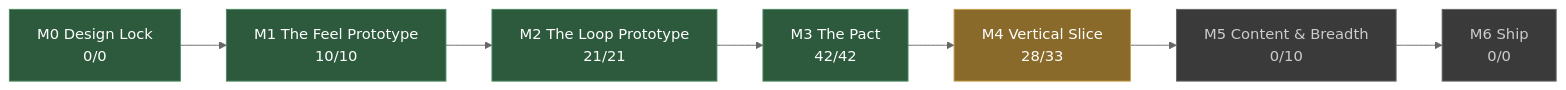
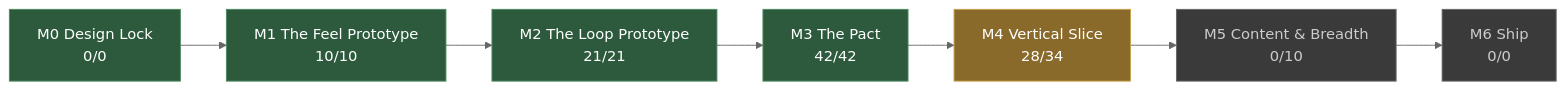
One commit to JoshuaGessner/she changed the diagram in docs/STATUS.md. Above: the diagram before and after it, drawn with Mermaid (neutral theme). The commit also changed other lines of this file and 5 other files, not shown here.

````diff
--- a/docs/STATUS.md
+++ b/docs/STATUS.md
@@ -13,19 +13,19 @@
 ```mermaid
 flowchart LR
   M0["M0 Design Lock<br/>0/0"]:::passed
   M1["M1 The Feel Prototype<br/>10/10"]:::passed
   M0 --> M1
   M2["M2 The Loop Prototype<br/>21/21"]:::passed
   M1 --> M2
   M3["M3 The Pact<br/>42/42"]:::passed
   M2 --> M3
-  M4["M4 Vertical Slice<br/>28/33"]:::current
+  M4["M4 Vertical Slice<br/>28/34"]:::current
   M3 --> M4
   M5["M5 Content & Breadth<br/>0/10"]:::ahead
   M4 --> M5
   M6["M6 Ship<br/>0/0"]:::ahead
   M5 --> M6
   classDef passed fill:#2d5a3d,stroke:#4a8a5f,color:#fff
   classDef current fill:#8a6a2a,stroke:#c8a04a,color:#fff
   classDef ahead fill:#3a3a3a,stroke:#666,color:#ccc
 ```
````
